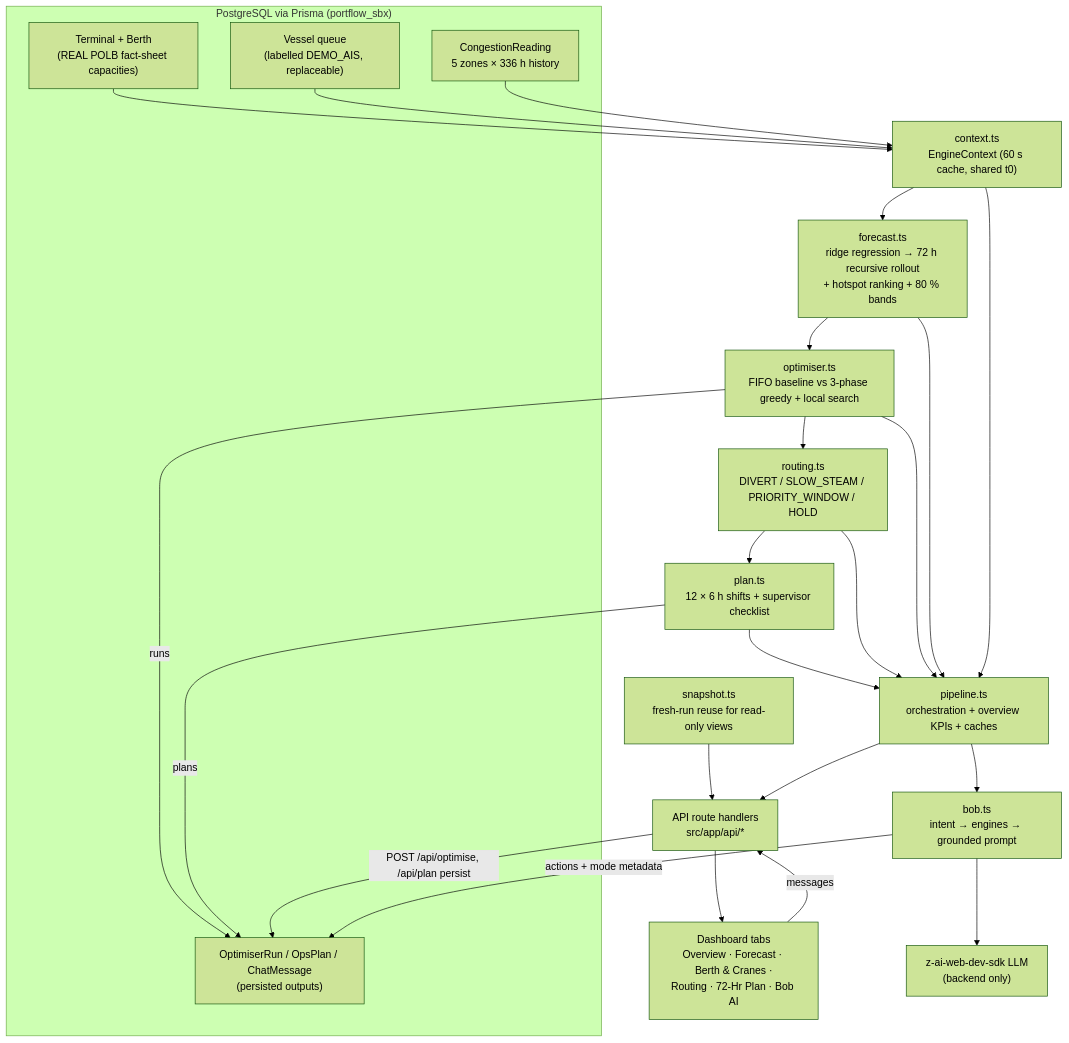
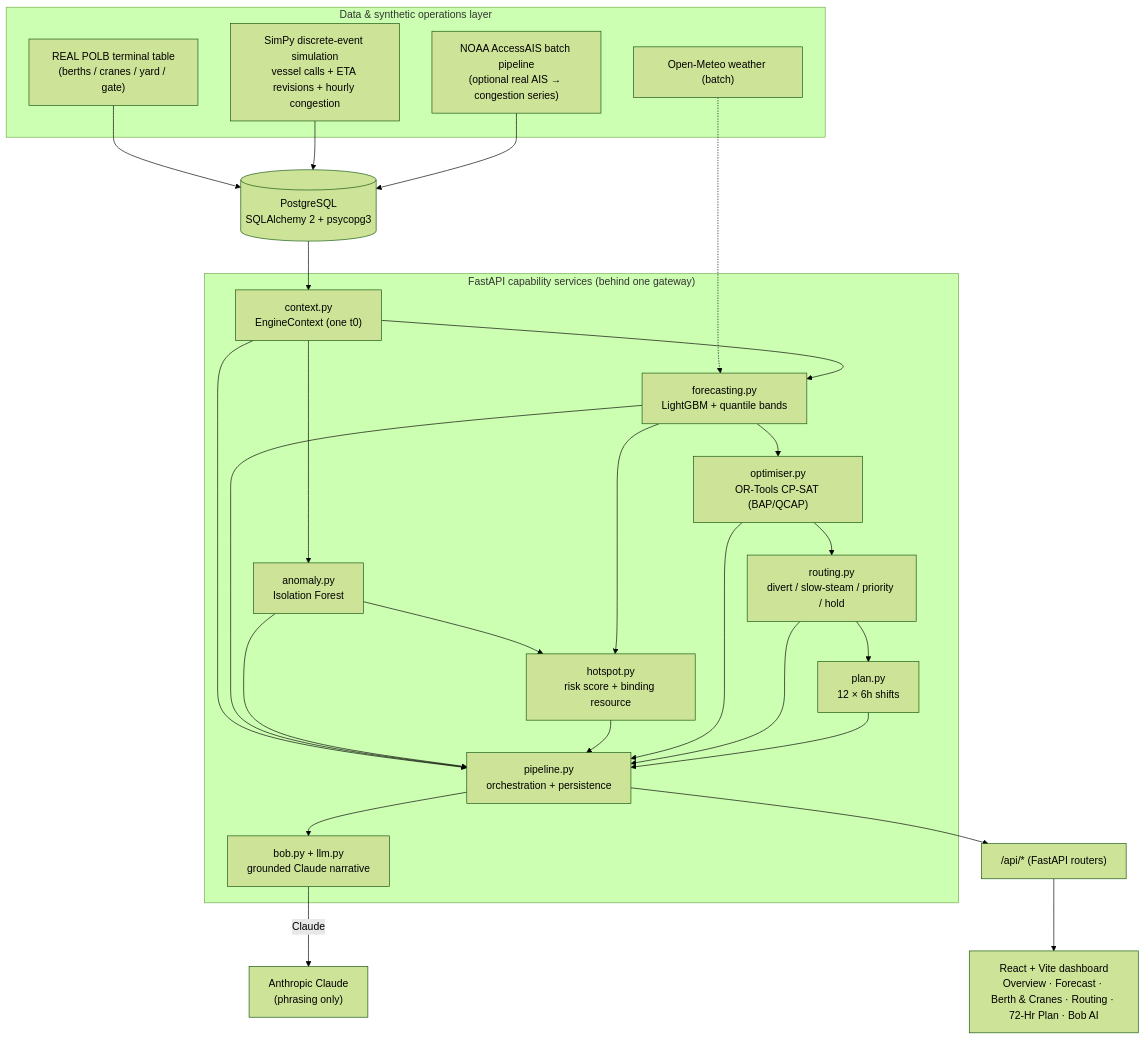
The diagram in docs/architecture.md (Aryan-B-Parikh/bob-ai-hackathon-elevatex), drawn with Mermaid (forest theme) before and after one commit. The commit also changed other lines of this file and 153 other files, not shown here.

First line of the commit message:
feat: align stack to the technical plan (FastAPI + LightGBM + OR-Tools CP-SAT + SimPy + Postgres + React/Vite + Claude)

````diff
--- a/docs/architecture.md
+++ b/docs/architecture.md
@@ -7,44 +9,45 @@
 ```mermaid
-flowchart TD
-    subgraph DB["PostgreSQL via Prisma (portflow_sbx)"]
-        T["Terminal + Berth<br/>(REAL POLB fact-sheet capacities)"]
-        V["Vessel queue<br/>(labelled DEMO_AIS, replaceable)"]
-        H["CongestionReading<br/>5 zones × 336 h history"]
-        S["OptimiserRun / OpsPlan / ChatMessage<br/>(persisted outputs)"]
+flowchart TB
+    subgraph DATA["Data & synthetic operations layer"]
+        REF["REAL POLB terminal table<br/>(berths / cranes / yard / gate)"]
+        SIM["SimPy discrete-event simulation<br/>vessel calls + ETA revisions + hourly congestion"]
+        AIS["NOAA AccessAIS batch pipeline<br/>(optional real AIS → congestion series)"]
+        WX["Open-Meteo weather (batch)"]
     end
 
-    CTX["context.ts<br/>EngineContext (60 s cache, shared t0)"]
-    FC["forecast.ts<br/>ridge regression → 72 h recursive rollout<br/>+ hotspot ranking + 80 % bands"]
-    OPT["optimiser.ts<br/>FIFO baseline vs 3-phase greedy + local search"]
-    RT["routing.ts<br/>DIVERT / SLOW_STEAM / PRIORITY_WINDOW / HOLD"]
-    PL["plan.ts<br/>12 × 6 h shifts + supervisor checklist"]
-    PIPE["pipeline.ts<br/>orchestration + overview KPIs + caches"]
-    SNAP["snapshot.ts<br/>fresh-run reuse for read-only views"]
-    BOB["bob.ts<br/>intent → engines → grounded prompt"]
-    LLM["z-ai-web-dev-sdk LLM<br/>(backend only)"]
-    API["API route handlers<br/>src/app/api/*"]
-    UI["Dashboard tabs<br/>Overview · Forecast · Berth & Cranes ·<br/>Routing · 72-Hr Plan · Bob AI"]
+    DB[("PostgreSQL<br/>SQLAlchemy 2 + psycopg3")]
 
-    T --> CTX
-    V --> CTX
-    H --> CTX
-    CTX --> FC
-    FC --> OPT
-    OPT --> RT
-    RT --> PL
+    subgraph SVC["FastAPI capability services (behind one gateway)"]
+        CTX["context.py<br/>EngineContext (one t0)"]
+        FC["forecasting.py<br/>LightGBM + quantile bands"]
+        AN["anomaly.py<br/>Isolation Forest"]
+        HS["hotspot.py<br/>risk score + binding resource"]
+        OPT["optimiser.py<br/>OR-Tools CP-SAT (BAP/QCAP)"]
+        RT["routing.py<br/>divert / slow-steam / priority / hold"]
+        PL["plan.py<br/>12 × 6h shifts"]
+        BOB["bob.py + llm.py<br/>grounded Claude narrative"]
+        PIPE["pipeline.py<br/>orchestration + persistence"]
+    end
+
+    UI["React + Vite dashboard<br/>Overview · Forecast · Berth & Cranes · Routing · 72-Hr Plan · Bob AI"]
+
+    REF --> DB
+    SIM --> DB
+    AIS --> DB
+    WX -.-> FC
+    DB --> CTX --> FC
+    CTX --> AN --> HS
+    FC --> HS
+    FC --> OPT --> RT --> PL
     CTX --> PIPE
     FC --> PIPE
+    AN --> PIPE
+    HS --> PIPE
     OPT --> PIPE
     RT --> PIPE
     PL --> PIPE
-    PIPE --> API
-    SNAP --> API
+    PIPE --> BOB
+    BOB -->|Claude| LLM["Anthropic Claude<br/>(phrasing only)"]
+    PIPE --> API["/api/* (FastAPI routers)"]
     API --> UI
-    UI -->|messages| API
-    PIPE --> BOB
-    BOB --> LLM
-    BOB -->|actions + mode metadata| S
-    OPT -->|runs| S
-    PL -->|plans| S
-    API -->|POST /api/optimise, /api/plan persist| S
 ```
````
